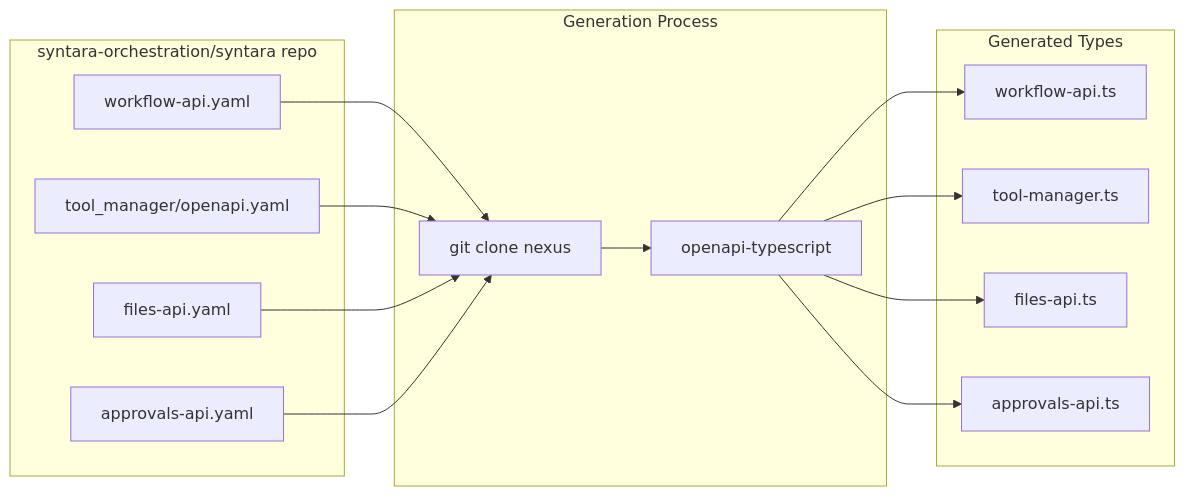
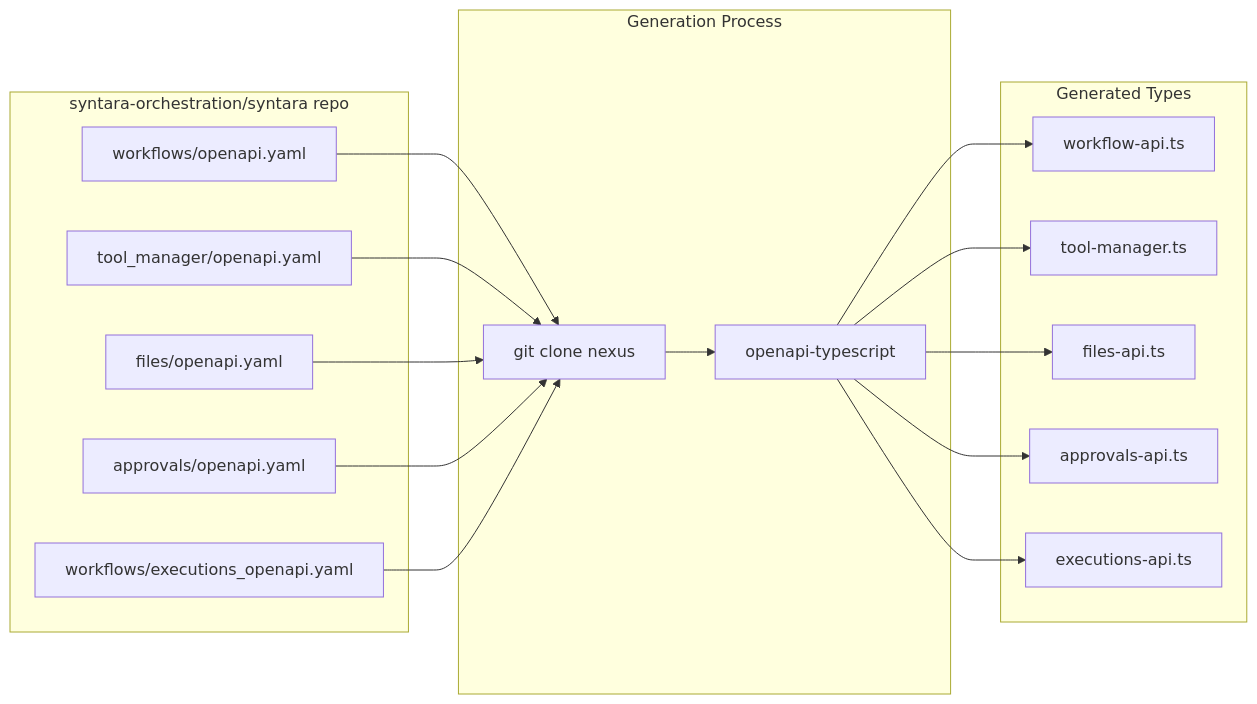
The second of 10 diagrams in docs/data-flow.md (alinabuzachis/syntara), drawn with Mermaid before and after one commit. The commit also changed other lines of this file and 23 other files, not shown here.

First line of the commit message:
docs: update stale docs, fix broken mermaid diagrams, add mermaid linter (#307)

````diff
--- a/docs/data-flow.md
+++ b/docs/data-flow.md
@@ -60,31 +60,35 @@
 ```mermaid
 flowchart LR
     subgraph Backend["syntara-orchestration/syntara repo"]
-        W[workflow-api.yaml]
+        W[workflows/openapi.yaml]
         TM[tool_manager/openapi.yaml]
-        F[files-api.yaml]
-        A[approvals-api.yaml]
+        F[files/openapi.yaml]
+        A[approvals/openapi.yaml]
+        E[workflows/executions_openapi.yaml]
     end
 
     subgraph Gen["Generation Process"]
         Clone[git clone nexus]
         OT["openapi-typescript"]
     end
 
     subgraph Output["Generated Types"]
         WT[workflow-api.ts]
         TMT[tool-manager.ts]
         FT[files-api.ts]
         AT[approvals-api.ts]
+        ET[executions-api.ts]
     end
 
     W --> Clone
     TM --> Clone
     F --> Clone
     A --> Clone
+    E --> Clone
     Clone --> OT
     OT --> WT
     OT --> TMT
     OT --> FT
     OT --> AT
+    OT --> ET
 ```
````
